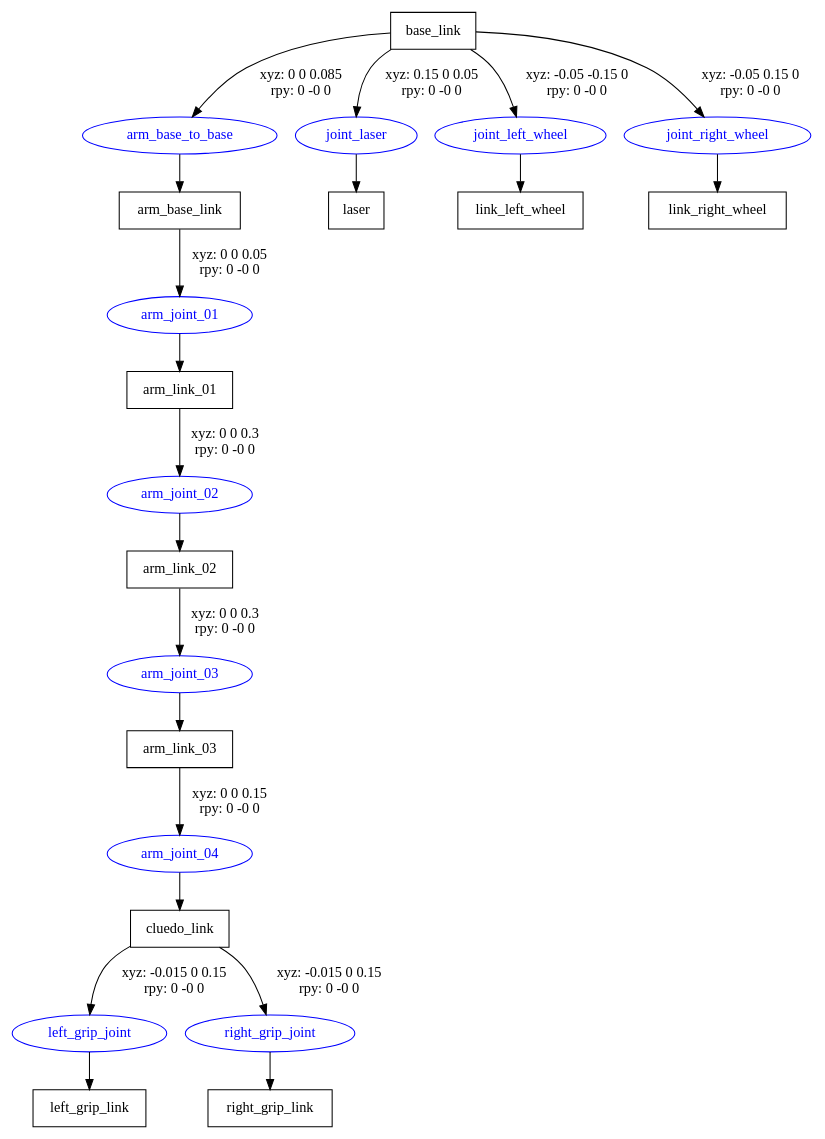
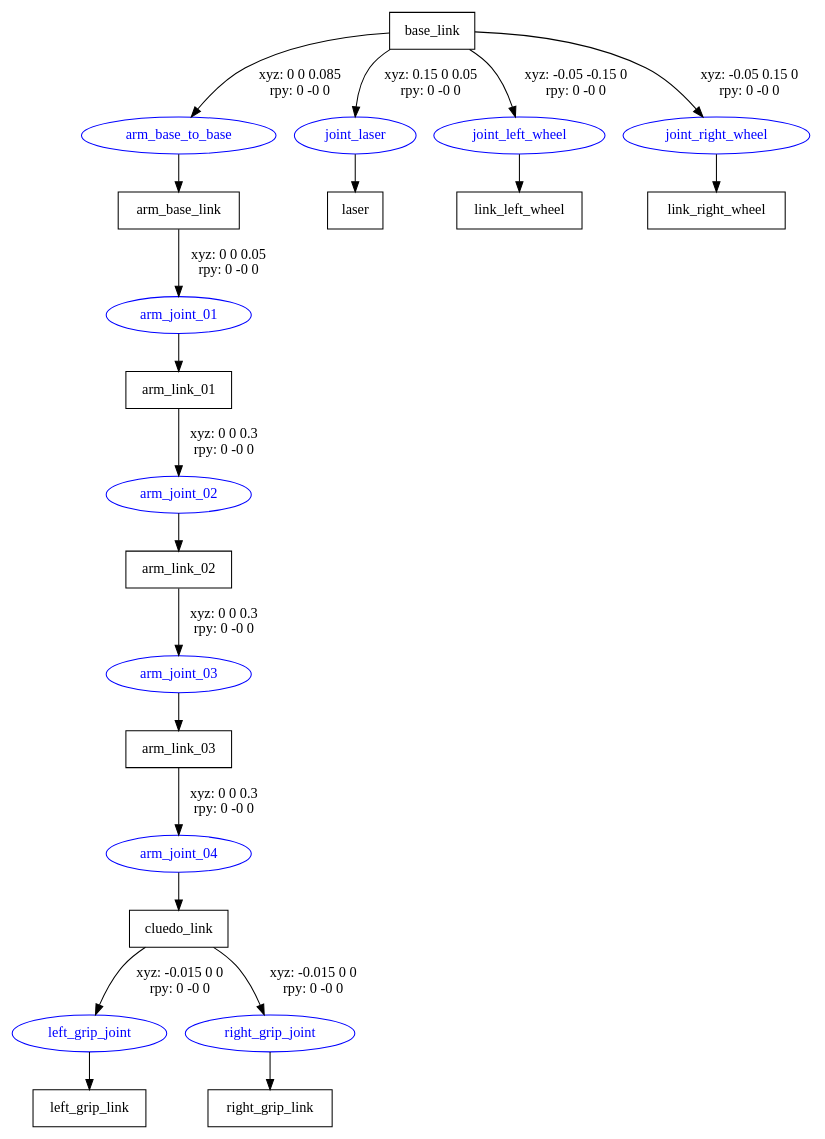
The diagram in robocluedo_dependencies/robocluedo_urdf_model/model/robocluedo_robot.gv (programmatoroSeduto/ExperimentalRoboticsLab-Assignment-2), drawn with Graphviz before and after one commit. The commit also changed 209 other files, not shown here.

```diff
--- a/robocluedo_dependencies/robocluedo_urdf_model/model/robocluedo_robot.gv
+++ b/robocluedo_dependencies/robocluedo_urdf_model/model/robocluedo_robot.gv
@@ -1,35 +1,35 @@
 digraph G {
 node [shape=box];
 "base_link" [label="base_link"];
 "arm_base_link" [label="arm_base_link"];
 "arm_link_01" [label="arm_link_01"];
 "arm_link_02" [label="arm_link_02"];
 "arm_link_03" [label="arm_link_03"];
 "cluedo_link" [label="cluedo_link"];
 "left_grip_link" [label="left_grip_link"];
 "right_grip_link" [label="right_grip_link"];
 "laser" [label="laser"];
 "link_left_wheel" [label="link_left_wheel"];
 "link_right_wheel" [label="link_right_wheel"];
 node [shape=ellipse, color=blue, fontcolor=blue];
 "base_link" -> "arm_base_to_base" [label="xyz: 0 0 0.085 \nrpy: 0 -0 0"]
 "arm_base_to_base" -> "arm_base_link"
 "arm_base_link" -> "arm_joint_01" [label="xyz: 0 0 0.05 \nrpy: 0 -0 0"]
 "arm_joint_01" -> "arm_link_01"
 "arm_link_01" -> "arm_joint_02" [label="xyz: 0 0 0.3 \nrpy: 0 -0 0"]
 "arm_joint_02" -> "arm_link_02"
 "arm_link_02" -> "arm_joint_03" [label="xyz: 0 0 0.3 \nrpy: 0 -0 0"]
 "arm_joint_03" -> "arm_link_03"
-"arm_link_03" -> "arm_joint_04" [label="xyz: 0 0 0.15 \nrpy: 0 -0 0"]
+"arm_link_03" -> "arm_joint_04" [label="xyz: 0 0 0.3 \nrpy: 0 -0 0"]
 "arm_joint_04" -> "cluedo_link"
-"cluedo_link" -> "left_grip_joint" [label="xyz: -0.015 0 0.15 \nrpy: 0 -0 0"]
+"cluedo_link" -> "left_grip_joint" [label="xyz: -0.015 0 0 \nrpy: 0 -0 0"]
 "left_grip_joint" -> "left_grip_link"
-"cluedo_link" -> "right_grip_joint" [label="xyz: -0.015 0 0.15 \nrpy: 0 -0 0"]
+"cluedo_link" -> "right_grip_joint" [label="xyz: -0.015 0 0 \nrpy: 0 -0 0"]
 "right_grip_joint" -> "right_grip_link"
 "base_link" -> "joint_laser" [label="xyz: 0.15 0 0.05 \nrpy: 0 -0 0"]
 "joint_laser" -> "laser"
 "base_link" -> "joint_left_wheel" [label="xyz: -0.05 -0.15 0 \nrpy: 0 -0 0"]
 "joint_left_wheel" -> "link_left_wheel"
 "base_link" -> "joint_right_wheel" [label="xyz: -0.05 0.15 0 \nrpy: 0 -0 0"]
 "joint_right_wheel" -> "link_right_wheel"
 }
```
